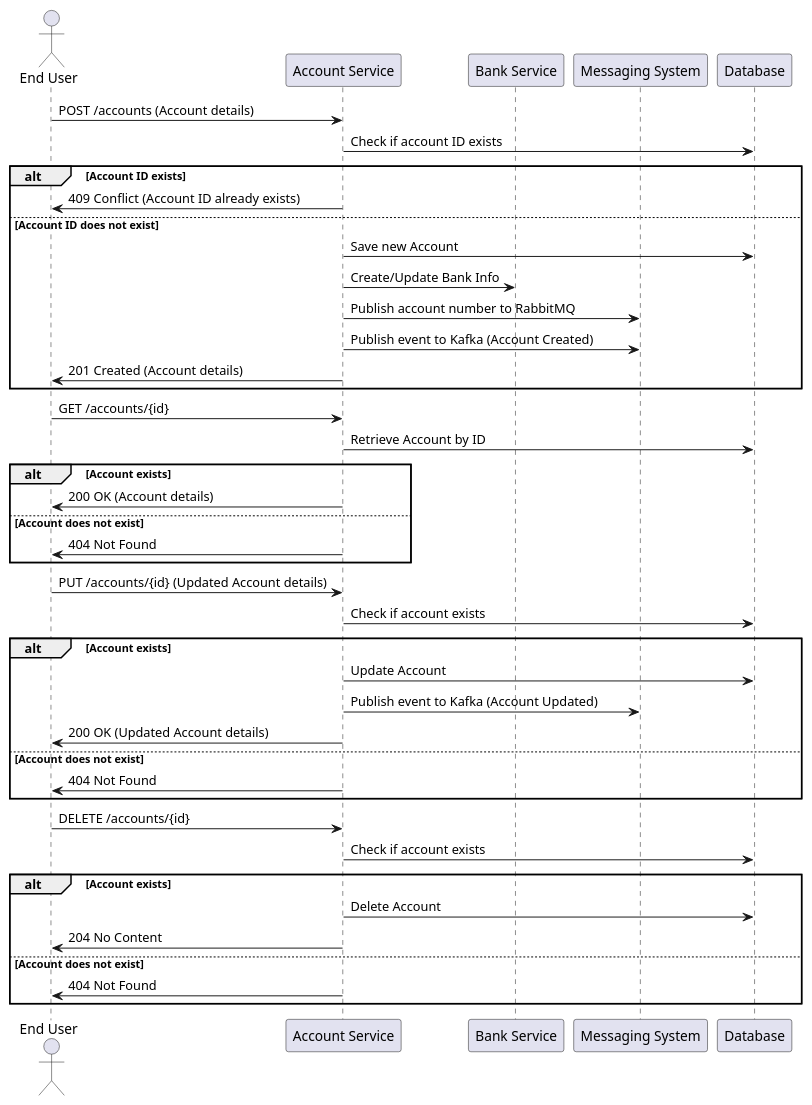
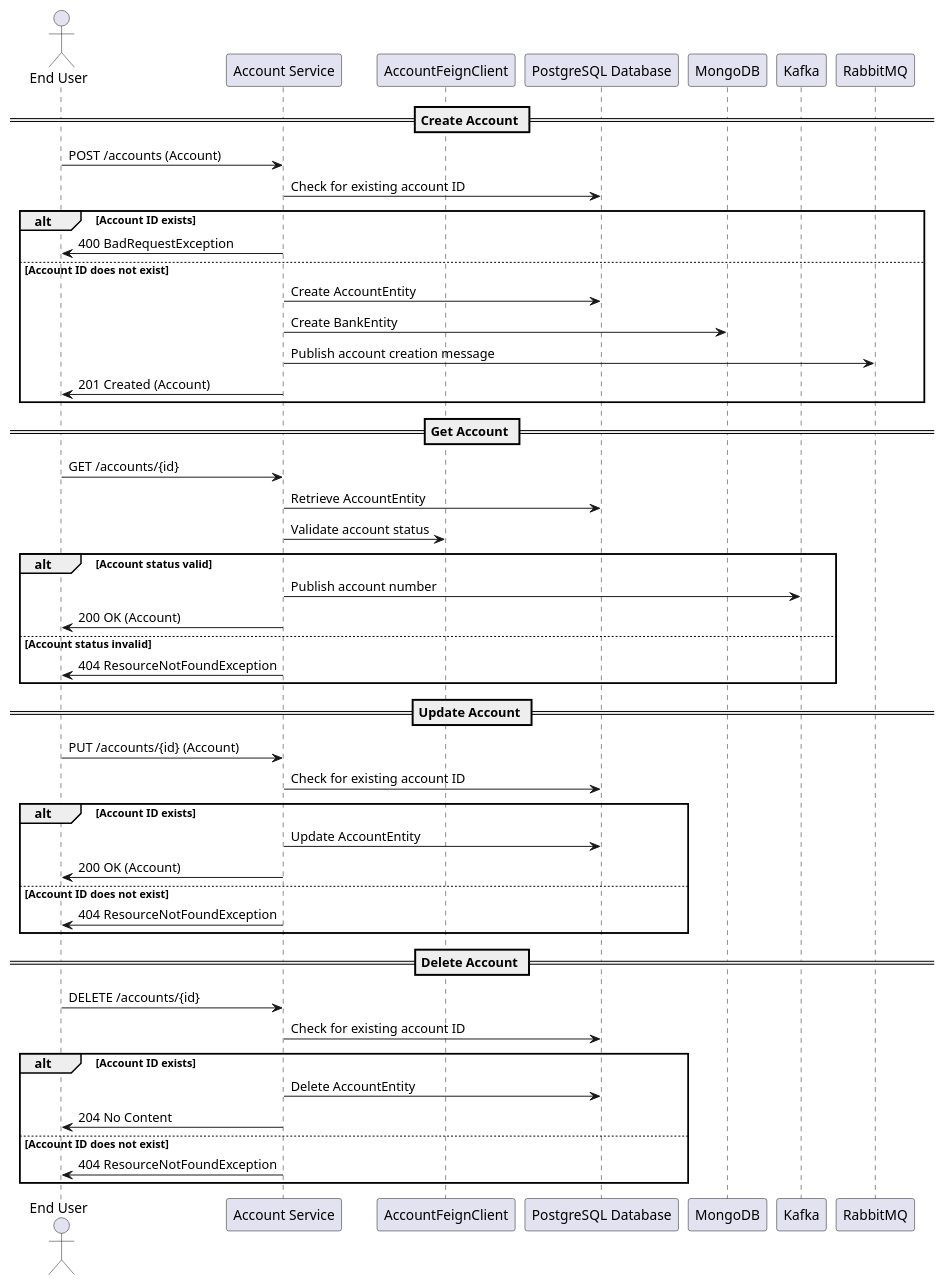
Before and after one commit to Bhaskar-Pavan/AccountService: the diagram in design_document/AccountService.md, drawn with PlantUML. The commit also changed other lines of this file, not shown here.

````diff
--- a/design_document/AccountService.md
+++ b/design_document/AccountService.md
@@ -57,50 +37,56 @@
 ```plantuml
 @startuml
 
 actor "End User" as User
-participant "Account Service" as AccountService
-participant "Bank Service" as BankService
-participant "Messaging System" as MessagingSystem
-participant "Database" as Database
+participant "Account Service" as Service
+participant "AccountFeignClient" as FeignClient
+participant "PostgreSQL Database" as PostgreSQL
+participant "MongoDB" as MongoDB
+participant "Kafka" as Kafka
+participant "RabbitMQ" as RabbitMQ
 
-User -> AccountService : POST /accounts (Account details)
-AccountService -> Database : Check if account ID exists
+== Create Account ==
+User -> Service: POST /accounts (Account)
+Service -> PostgreSQL: Check for existing account ID
 alt Account ID exists
-    AccountService -> User : 409 Conflict (Account ID already exists)
+    Service -> User: 400 BadRequestException
 else Account ID does not exist
-    AccountService -> Database : Save new Account
-    AccountService -> BankService : Create/Update Bank Info
-    AccountService -> MessagingSystem : Publish account number to RabbitMQ
-    AccountService -> MessagingSystem : Publish event to Kafka (Account Created)
-    AccountService -> User : 201 Created (Account details)
+    Service -> PostgreSQL: Create AccountEntity
+    Service -> MongoDB: Create BankEntity
+    Service -> RabbitMQ: Publish account creation message
+    Service -> User: 201 Created (Account)
 end
 
-User -> AccountService : GET /accounts/{id}
-AccountService -> Database : Retrieve Account by ID
-alt Account exists
-    AccountService -> User : 200 OK (Account details)
-else Account does not exist
-    AccountService -> User : 404 Not Found
+== Get Account ==
+User -> Service: GET /accounts/{id}
+Service -> PostgreSQL: Retrieve AccountEntity
+Service -> FeignClient: Validate account status
+alt Account status valid
+    Service -> Kafka: Publish account number
+    Service -> User: 200 OK (Account)
+else Account status invalid
+    Service -> User: 404 ResourceNotFoundException
 end
 
-User -> AccountService : PUT /accounts/{id} (Updated Account details)
-AccountService -> Database : Check if account exists
-alt Account exists
-    AccountService -> Database : Update Account
-    AccountService -> MessagingSystem : Publish event to Kafka (Account Updated)
-    AccountService -> User : 200 OK (Updated Account details)
-else Account does not exist
-    AccountService -> User : 404 Not Found
+== Update Account ==
+User -> Service: PUT /accounts/{id} (Account)
+Service -> PostgreSQL: Check for existing account ID
+alt Account ID exists
+    Service -> PostgreSQL: Update AccountEntity
+    Service -> User: 200 OK (Account)
+else Account ID does not exist
+    Service -> User: 404 ResourceNotFoundException
 end
 
-User -> AccountService : DELETE /accounts/{id}
-AccountService -> Database : Check if account exists
-alt Account exists
-    AccountService -> Database : Delete Account
-    AccountService -> User : 204 No Content
-else Account does not exist
-    AccountService -> User : 404 Not Found
+== Delete Account ==
+User -> Service: DELETE /accounts/{id}
+Service -> PostgreSQL: Check for existing account ID
+alt Account ID exists
+    Service -> PostgreSQL: Delete AccountEntity
+    Service -> User: 204 No Content
+else Account ID does not exist
+    Service -> User: 404 ResourceNotFoundException
 end
 
 @enduml
 ```
````
